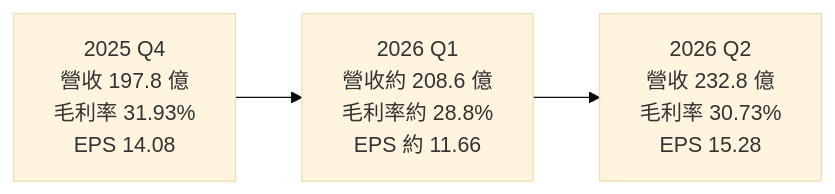
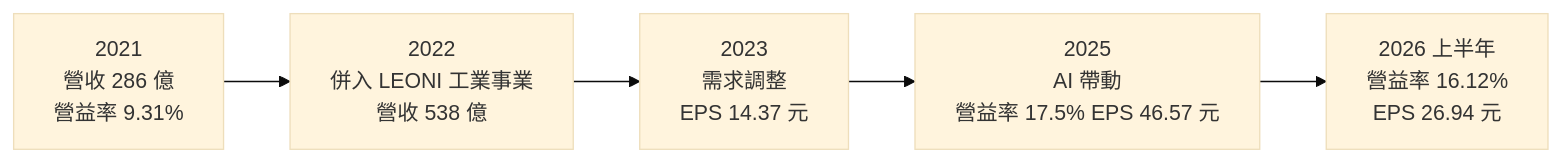
One commit to wangnick1004/taiwan-stock-vault changed the third of 4 diagrams in 個股/台股/3665貿聯-KY.md. Above: the diagram before and after it, drawn with Mermaid (base theme). The commit also changed other lines of this file and 6 other files, not shown here.

````diff
--- a/個股/台股/3665貿聯-KY.md
+++ b/個股/台股/3665貿聯-KY.md
@@ -134,4 +139,4 @@
 ```mermaid
 flowchart LR
-    Q4["2025 Q4<br/>營收 197.8 億<br/>毛利率 31.93%<br/>EPS 14.08"] --> Q1["2026 Q1<br/>營收約 208.6 億<br/>毛利率約 28.8%<br/>EPS 約 11.66"] --> Q2["2026 Q2<br/>營收 232.8 億<br/>毛利率 30.73%<br/>EPS 15.28"]
+    Y21["2021<br/>營收 286 億<br/>營益率 9.31%"] --> Y22["2022<br/>併入 LEONI 工業事業<br/>營收 538 億"] --> Y23["2023<br/>需求調整<br/>EPS 14.37 元"] --> Y25["2025<br/>AI 帶動<br/>營益率 17.5% EPS 46.57 元"] --> H26["2026 上半年<br/>營益率 16.12%<br/>EPS 26.94 元"]
 ```
````
